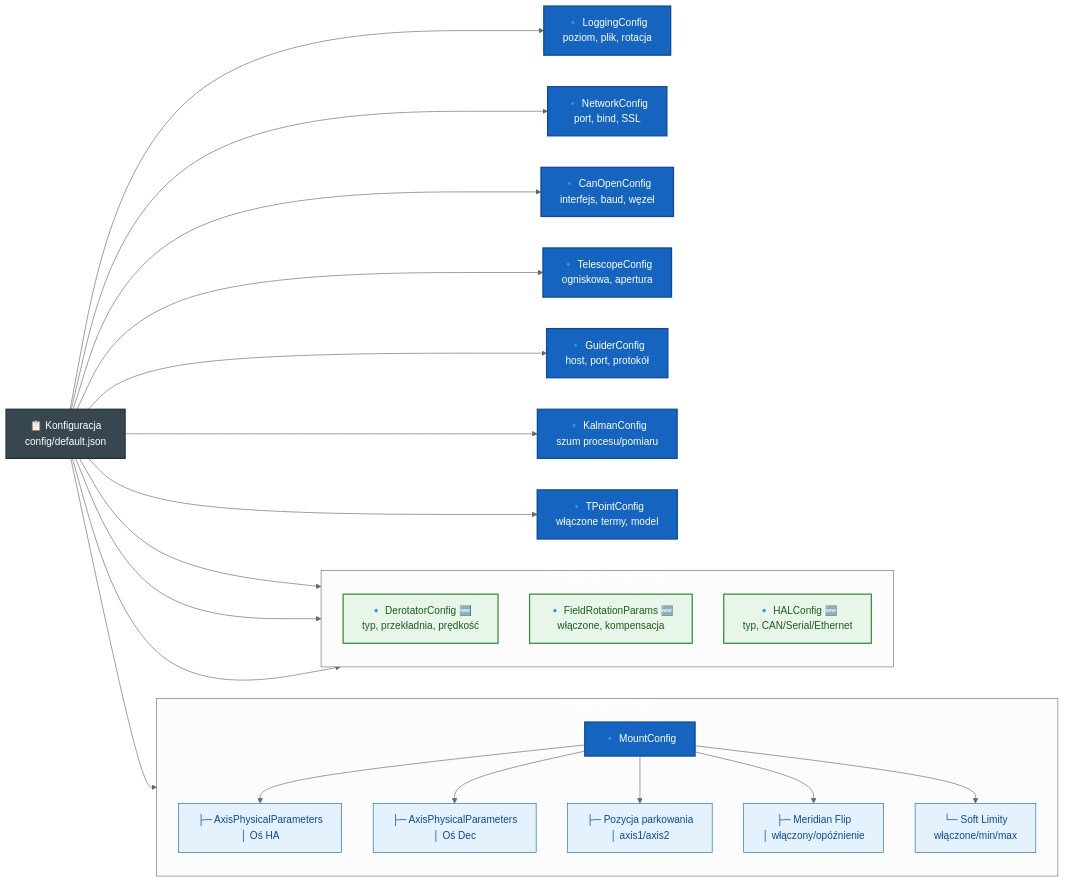
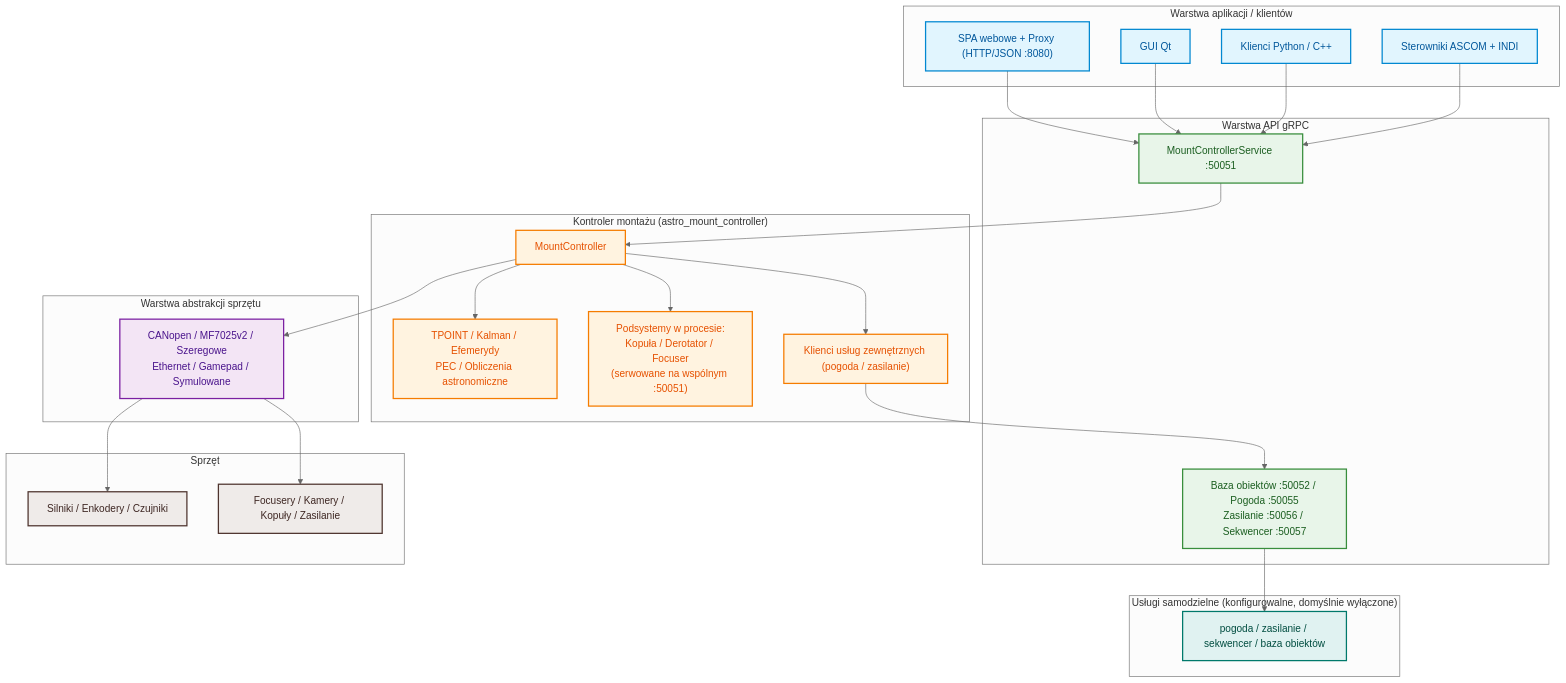
Before and after one commit to pielaszkiewicz-jacek/astro_mount_control: the first of 11 diagrams in docs/pl/architecture.md, drawn with Mermaid (neutral theme). The commit also changed other lines of this file and 674 other files, not shown here.

````diff
--- a/docs/pl/architecture.md
+++ b/docs/pl/architecture.md
@@ -198,53 +18,62 @@
 ```mermaid
-flowchart LR
-    %% Style
-    classDef root fill:#37474f,stroke:#263238,color:#ffffff,stroke-width:2px
-    classDef section fill:#1565c0,stroke:#0d47a1,color:#ffffff,stroke-width:2px
-    classDef sub fill:#e3f2fd,stroke:#1565c0,stroke-width:1px,color:#0d47a1
-    classDef sub2 fill:#fff3e0,stroke:#f57c00,stroke-width:1px,color:#e65100
-    classDef new fill:#e8f5e9,stroke:#388e3c,stroke-width:2px,color:#1b5e20
+flowchart TB
+    classDef client fill:#e1f5fe,stroke:#0288d1,stroke-width:2px,color:#01579b
+    classDef api fill:#e8f5e9,stroke:#388e3c,stroke-width:2px,color:#1b5e20
+    classDef core fill:#fff3e0,stroke:#f57c00,stroke-width:2px,color:#e65100
+    classDef svc fill:#e0f2f1,stroke:#00796b,stroke-width:2px,color:#004d40
+    classDef hal fill:#f3e5f5,stroke:#7b1fa2,stroke-width:2px,color:#4a148c
+    classDef hw fill:#efebe9,stroke:#4e342e,stroke-width:2px,color:#3e2723
 
-    CONFIG["📋 Konfiguracja<br/>config/default.json"]:::root
-    LOG["🔹 LoggingConfig<br/>poziom, plik, rotacja"]:::section
-    NET["🔹 NetworkConfig<br/>port, bind, SSL"]:::section
-    CAN_CONFIG["🔹 CanOpenConfig<br/>interfejs, baud, węzeł"]:::section
-
-    subgraph MOUNT_GROUP["Konfiguracja montażu"]
-        direction TB
-        MOUNT["🔹 MountConfig"]:::section
-        HA["  ├─ AxisPhysicalParameters<br/>  │  Oś HA"]:::sub
-        DEC["  ├─ AxisPhysicalParameters<br/>  │  Oś Dec"]:::sub
-        PARK["  ├─ Pozycja parkowania<br/>  │  axis1/axis2"]:::sub
-        MERID["  ├─ Meridian Flip<br/>  │  włączony/opóźnienie"]:::sub
-        SOFT["  └─ Soft Limity<br/>     włączone/min/max"]:::sub
+    subgraph CLIENTS["Warstwa aplikacji / klientów"]
+        WEB["SPA webowe + Proxy (HTTP/JSON :8080)"]
+        QT["GUI Qt"]
+        PY["Klienci Python / C++"]
+        DRV["Sterowniki ASCOM + INDI"]
     end
 
-    TEL["🔹 TelescopeConfig<br/>ogniskowa, apertura"]:::section
-    GUID["🔹 GuiderConfig<br/>host, port, protokół"]:::section
-    KALM["🔹 KalmanConfig<br/>szum procesu/pomiaru"]:::section
-    TPOINT_CONFIG["🔹 TPointConfig<br/>włączone termy, model"]:::section
-
-    subgraph EXT_GROUP["Konfiguracja rozszerzona"]
-        direction TB
-        DEROT["🔹 DerotatorConfig 🆕<br/>typ, przekładnia, prędkość"]:::new
-        FR["🔹 FieldRotationParams 🆕<br/>włączone, kompensacja"]:::new
-        HAL_CFG["🔹 HALConfig 🆕<br/>typ, CAN/Serial/Ethernet"]:::new
+    subgraph API["Warstwa API gRPC"]
+        GRPC["MountControllerService :50051"]
+        EXT["Baza obiektów :50052 / Pogoda :50055<br/>Zasilanie :50056 / Sekwencer :50057"]
     end
 
-    CONFIG --> LOG
-    CONFIG --> NET
-    CONFIG --> CAN_CONFIG
-    CONFIG --> MOUNT
-    MOUNT --> HA
-    MOUNT --> DEC
-    MOUNT --> PARK
-    MOUNT --> MERID
-    MOUNT --> SOFT
-    CONFIG --> TEL
-    CONFIG --> GUID
-    CONFIG --> KALM
-    CONFIG --> TPOINT_CONFIG
-    CONFIG --> DEROT
-    CONFIG --> FR
-    CONFIG --> HAL_CFG
+    subgraph CORE["Kontroler montażu (astro_mount_controller)"]
+        MC["MountController"]
+        MODELS["TPOINT / Kalman / Efemerydy<br/>PEC / Obliczenia astronomiczne"]
+        INPROC["Podsystemy w procesie:<br/>Kopuła / Derotator / Focuser<br/>(serwowane na wspólnym :50051)"]
+        CLIENTSVC["Klienci usług zewnętrznych (pogoda / zasilanie)"]
+    end
+
+    subgraph SERVICES["Usługi samodzielne (konfigurowalne, domyślnie wyłączone)"]
+        SVCS["pogoda / zasilanie / sekwencer / baza obiektów"]
+    end
+
+    subgraph HAL["Warstwa abstrakcji sprzętu"]
+        HALIMPL["CANopen / MF7025v2 / Szeregowe<br/>Ethernet / Gamepad / Symulowane"]
+    end
+
+    subgraph HW["Sprzęt"]
+        HW1["Silniki / Enkodery / Czujniki"]
+        HW2["Focusery / Kamery / Kopuły / Zasilanie"]
+    end
+
+    WEB --> GRPC
+    QT --> GRPC
+    PY --> GRPC
+    DRV --> GRPC
+    GRPC --> MC
+    MC --> MODELS
+    MC --> INPROC
+    MC --> CLIENTSVC
+    CLIENTSVC --> EXT
+    EXT --> SVCS
+    MC --> HALIMPL
+    HALIMPL --> HW1
+    HALIMPL --> HW2
+
+    class WEB,QT,PY,DRV client
+    class GRPC,EXT api
+    class MC,MODELS,INPROC,CLIENTSVC core
+    class SVCS svc
+    class HALIMPL hal
+    class HW1,HW2 hw
 ```
````
